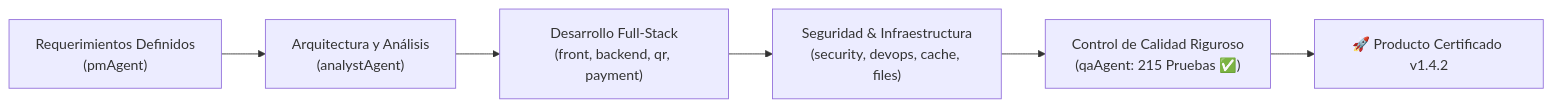
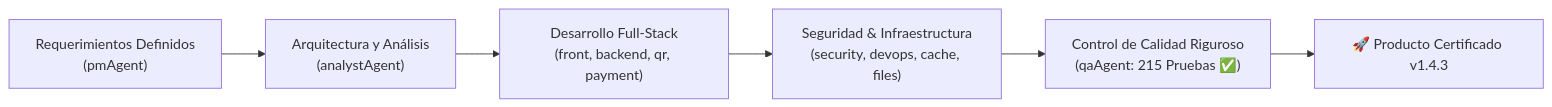
Before and after one commit to paolapaz202504/QRgenerator: the diagram in PROJECT_STATUS_QRGENERATOR.md, drawn with Mermaid. The commit also changed other lines of this file and 8 other files, not shown here.

````diff
--- a/PROJECT_STATUS_QRGENERATOR.md
+++ b/PROJECT_STATUS_QRGENERATOR.md
@@ -12,8 +12,8 @@
 ```mermaid
 flowchart LR
     A["Requerimientos Definidos\n(pmAgent)"] --> B["Arquitectura y Análisis\n(analystAgent)"]
     B --> C["Desarrollo Full-Stack\n(front, backend, qr, payment)"]
     C --> D["Seguridad & Infraestructura\n(security, devops, cache, files)"]
     D --> E["Control de Calidad Riguroso\n(qaAgent: 215 Pruebas ✅)"]
-    E --> F["🚀 Producto Certificado v1.4.2"]
+    E --> F["🚀 Producto Certificado v1.4.3"]
 ```
````
